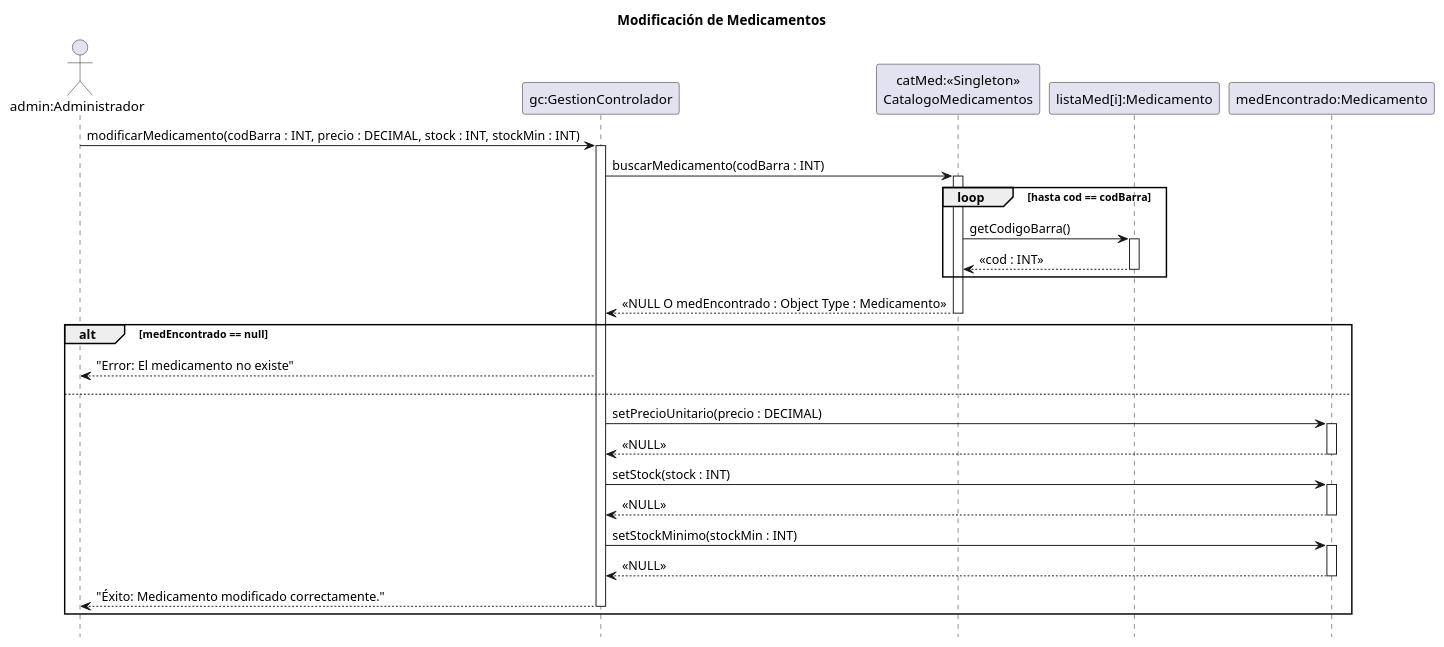
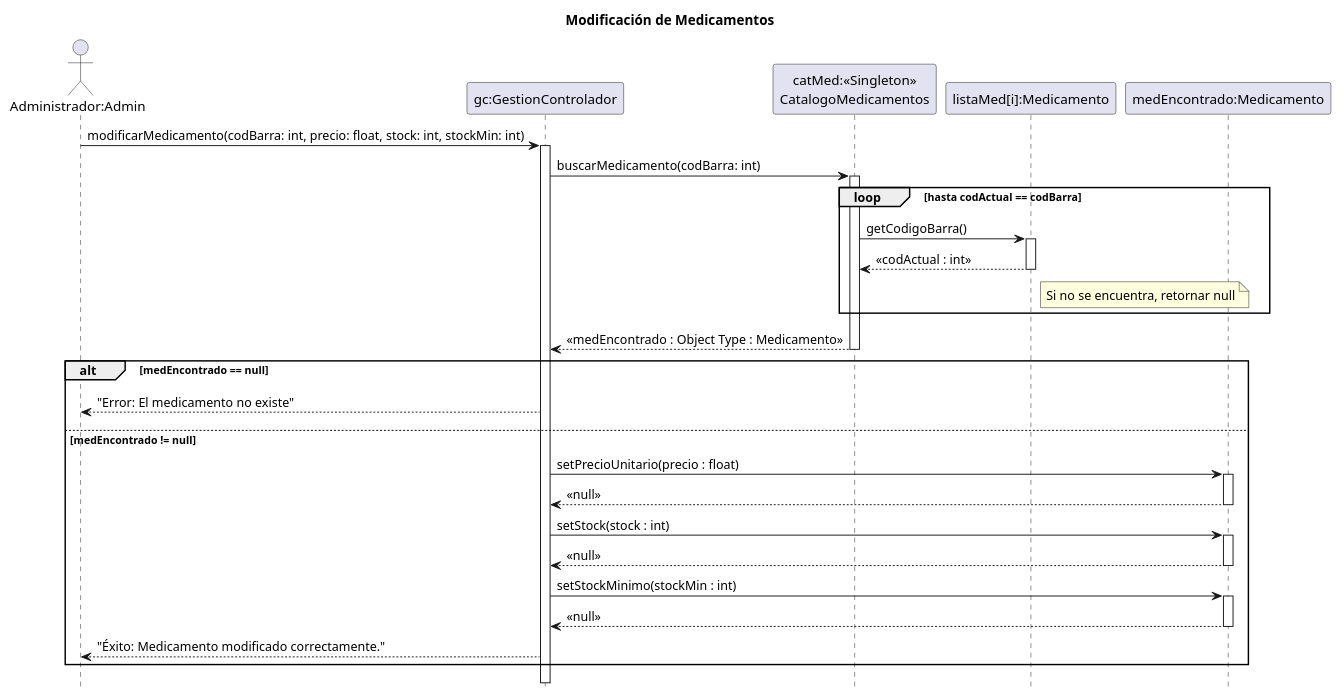
Before and after one commit to zEzequR/PF-I: the diagram in 08 - Diagramas de Secuencia de Diseño/ModificacionMedicamento/modificacionMedicamento.puml, drawn with PlantUML. The commit also changed 17 other files, not shown here.

```diff
--- a/08 - Diagramas de Secuencia de Diseño/ModificacionMedicamento/modificacionMedicamento.puml
+++ b/08 - Diagramas de Secuencia de Diseño/ModificacionMedicamento/modificacionMedicamento.puml
@@ -1,58 +1,57 @@
 @startuml
 !pragma teoz true
 hide footbox
 title Modificación de Medicamentos
 
-actor "admin:Administrador" as admin
+actor "Administrador:Admin" as admin
 participant "gc:GestionControlador" as gc
 participant "catMed:<<Singleton>>\nCatalogoMedicamentos" as catMed
 participant "listaMed[i]:Medicamento" as arrayMed
 participant "medEncontrado:Medicamento" as medObj
 
-' =================================================================
-' INICIO
-' =================================================================
-admin -> gc : modificarMedicamento(codBarra : INT, precio : DECIMAL, stock : INT, stockMin : INT)
+admin -> gc : modificarMedicamento(codBarra: int, precio: float, stock: int, stockMin: int)
 activate gc
 
-' -----------------------------------------------------------------
-' PASO 1: BUSCAR EL MEDICAMENTO
-' -----------------------------------------------------------------
-gc -> catMed : buscarMedicamento(codBarra : INT)
+gc -> catMed : buscarMedicamento(codBarra: int)
 activate catMed
 
-loop hasta cod == codBarra
+loop hasta codActual == codBarra
     catMed -> arrayMed : getCodigoBarra()
     activate arrayMed
-    arrayMed --> catMed : <<cod : INT>>
+    arrayMed --> catMed : <<codActual : int>>
+    
+    note right of arrayMed : Si no se encuentra, retornar null
+    
     deactivate arrayMed
 end
     
-catMed --> gc : <<NULL O medEncontrado : Object Type : Medicamento>>
+catMed --> gc : <<medEncontrado : Object Type : Medicamento>>
 deactivate catMed
 
-' -----------------------------------------------------------------
-' PASO 2: VALIDACIÓN Y MODIFICACIÓN
-' -----------------------------------------------------------------
 alt medEncontrado == null
+    
     gc --> admin : "Error: El medicamento no existe"
-else
-    gc -> medObj : setPrecioUnitario(precio : DECIMAL)
+
+else medEncontrado != null
+    
+    gc -> medObj : setPrecioUnitario(precio : float)
     activate medObj
-    medObj --> gc : <<NULL>>
+    medObj --> gc : <<null>>
     deactivate medObj
     
-    gc -> medObj : setStock(stock : INT)
+    gc -> medObj : setStock(stock : int)
     activate medObj
-    medObj --> gc : <<NULL>>
+    medObj --> gc : <<null>>
     deactivate medObj
     
-    gc -> medObj : setStockMinimo(stockMin : INT)
+    gc -> medObj : setStockMinimo(stockMin : int)
     activate medObj
-    medObj --> gc : <<NULL>>
+    medObj --> gc : <<null>>
     deactivate medObj
     
     gc --> admin : "Éxito: Medicamento modificado correctamente."
-    deactivate gc
+
 end
+
+deactivate gc
 @enduml
```
